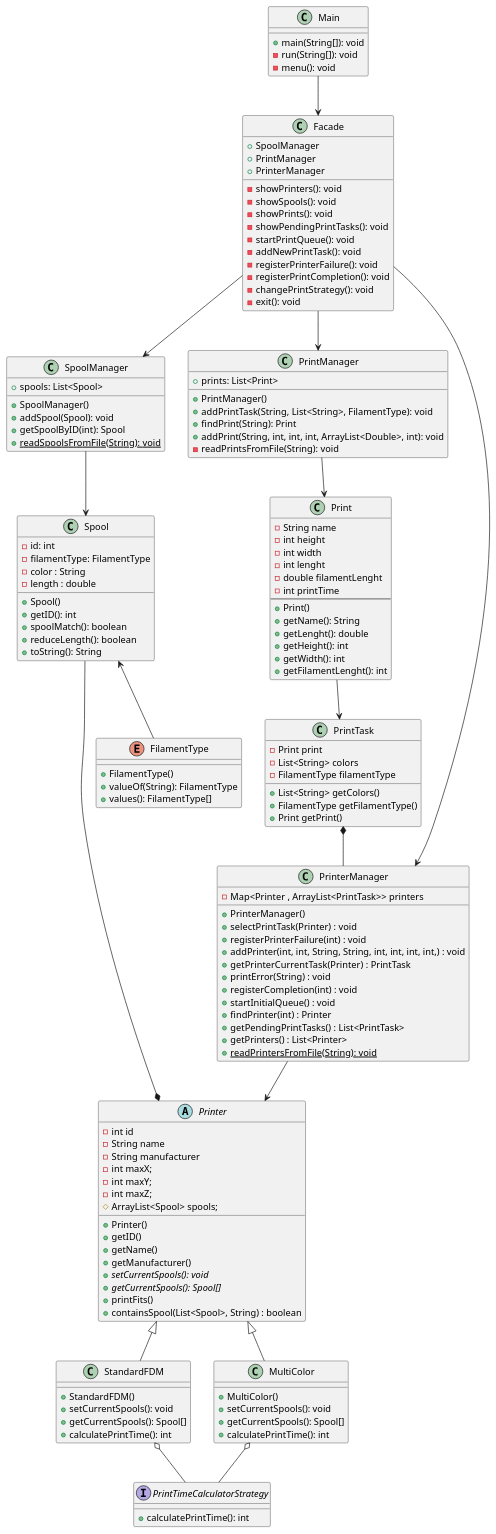
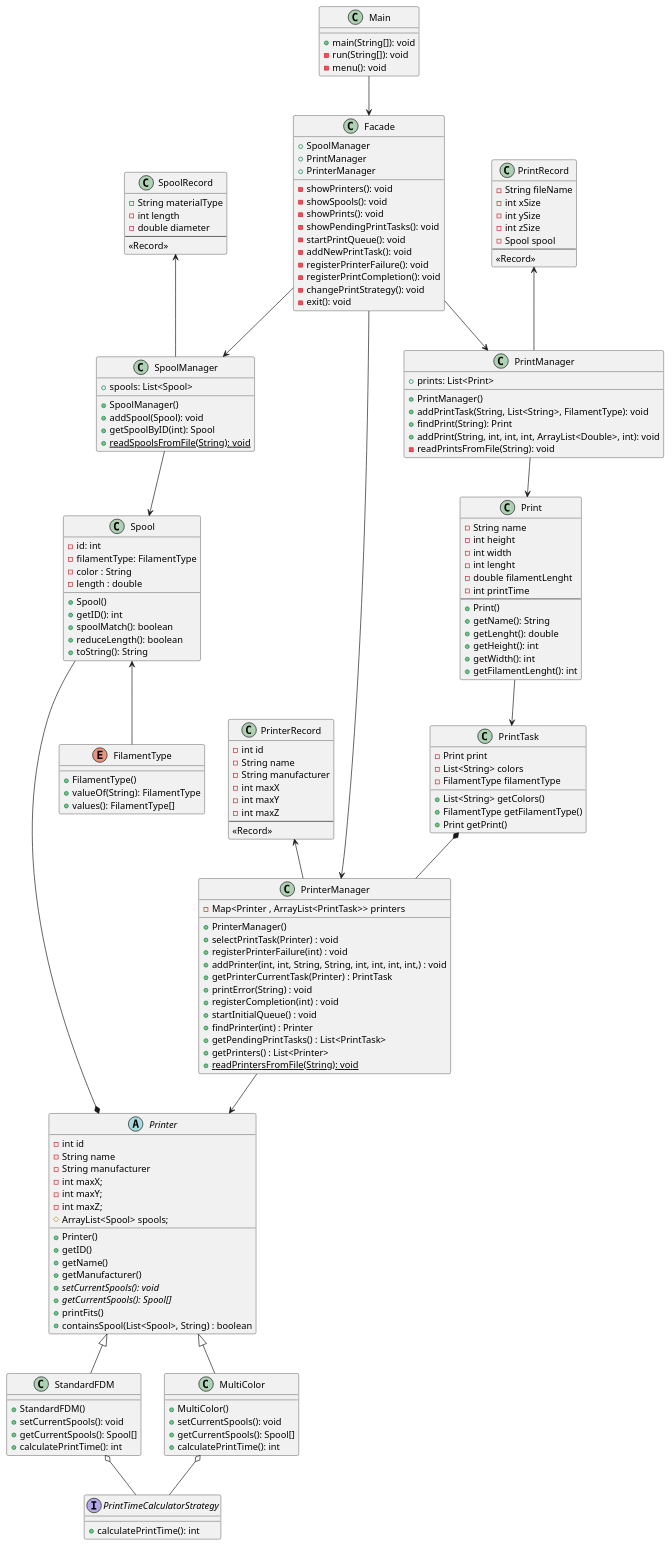
The diagram in docs/Diagrams/full diagrams/Class Diagram 2.1 1part.puml (rtavares14/System-Design), drawn with PlantUML before and after one commit. The commit also changed 1 other file, not shown here.

```diff
--- a/docs/Diagrams/full diagrams/Class Diagram 2.1 1part.puml
+++ b/docs/Diagrams/full diagrams/Class Diagram 2.1 1part.puml
@@ -1,159 +1,191 @@
 @startuml
 'https://plantuml.com/sequence-diagram
 
 class Main {
     + main(String[]): void
     - run(String[]): void
     - menu(): void
 }
 
 class Facade {
     + SpoolManager
     + PrintManager
     + PrinterManager
     - showPrinters(): void
     - showSpools(): void
     - showPrints(): void
     - showPendingPrintTasks(): void
     - startPrintQueue(): void
     - addNewPrintTask(): void
     - registerPrinterFailure(): void
     - registerPrintCompletion(): void
     - changePrintStrategy(): void
     - exit(): void
 }
 
 class PrintManager {
     + PrintManager()
     + addPrintTask(String, List<String>, FilamentType): void
     + findPrint(String): Print
     + addPrint(String, int, int, int, ArrayList<Double>, int): void
     - readPrintsFromFile(String): void
     + prints: List<Print>
 }
 
 class SpoolManager {
     + SpoolManager()
     + addSpool(Spool): void
     + getSpoolByID(int): Spool
     + {static} readSpoolsFromFile(String): void
     + spools: List<Spool>
 }
 
 class PrinterManager {
        - Map<Printer , ArrayList<PrintTask>> printers
        + PrinterManager()
        + selectPrintTask(Printer) : void
        + registerPrinterFailure(int) : void
        + addPrinter(int, int, String, String, int, int, int, int,) : void
        + getPrinterCurrentTask(Printer) : PrintTask
        + printError(String) : void
        + registerCompletion(int) : void
      + startInitialQueue() : void
      + findPrinter(int) : Printer
      + getPendingPrintTasks() : List<PrintTask>
      + getPrinters() : List<Printer>
      + {static}readPrintersFromFile(String): void
 }
 
 abstract class Printer{
 - int id
 - String name
 - String manufacturer
 - int maxX;
 - int maxY;
 - int maxZ;
 # ArrayList<Spool> spools;
 + Printer()
 + getID()
 + getName()
 + getManufacturer()
 + {abstract} setCurrentSpools(): void
 + {abstract} getCurrentSpools(): Spool[]
 + printFits()
 + containsSpool(List<Spool>, String) : boolean
 }
 class StandardFDM{
 + StandardFDM()
 + setCurrentSpools(): void
 + getCurrentSpools(): Spool[]
 + calculatePrintTime(): int
 }
 class MultiColor{
 + MultiColor()
 + setCurrentSpools(): void
 + getCurrentSpools(): Spool[]
 + calculatePrintTime(): int
 }
 
 interface PrintTimeCalculatorStrategy{
  + calculatePrintTime(): int
 }
 
+class PrinterRecord {
+  - int id
+  - String name
+  - String manufacturer
+  - int maxX
+  - int maxY
+  - int maxZ
+  --
+  <<Record>>
+}
+
+class SpoolRecord {
+  - String materialType
+  - int length
+  - double diameter
+  --
+  <<Record>>
+}
+
+class PrintRecord {
+  - String fileName
+  - int xSize
+  - int ySize
+  - int zSize
+  - Spool spool
+  --
+  <<Record>>
+}
+
+PrinterManager -up-> PrinterRecord
+SpoolManager -up-> SpoolRecord
+PrintManager -up-> PrintRecord
 
 class Print{
 - String name
 - int height
 - int width
 - int lenght
 - double filamentLenght
 - int printTime
 ---
 + Print()
 + getName(): String
 + getLenght(): double
 + getHeight(): int
 + getWidth(): int
 + getFilamentLenght(): int
 }
 
 class PrintTask{
 - Print print
 - List<String> colors
 - FilamentType filamentType
 + List<String> getColors()
 + FilamentType getFilamentType()
 + Print getPrint()
 }
 
 class Spool{
     + Spool()
     - id: int
     - filamentType: FilamentType
     - color : String
     - length : double
     + getID(): int
     + spoolMatch(): boolean
     + reduceLength(): boolean
     + toString(): String
 }
 
 enum FilamentType{
   + FilamentType()
   + valueOf(String): FilamentType
   + values(): FilamentType[]
 }
 
 
 Main -down-> Facade
 
 Facade -down-> SpoolManager
 SpoolManager -down-> Spool
 Spool <-- FilamentType
 Spool --* Printer
 
 Facade -down-> PrintManager
 PrintManager -down-> Print
 Print -down-> PrintTask
 PrintTask *-- PrinterManager
 
 Facade -down-> PrinterManager
 PrinterManager -down-> Printer
 Printer <|-- StandardFDM
 Printer <|-- MultiColor
 StandardFDM o-- PrintTimeCalculatorStrategy
 MultiColor o-- PrintTimeCalculatorStrategy
 
 
 
 @enduml
```
